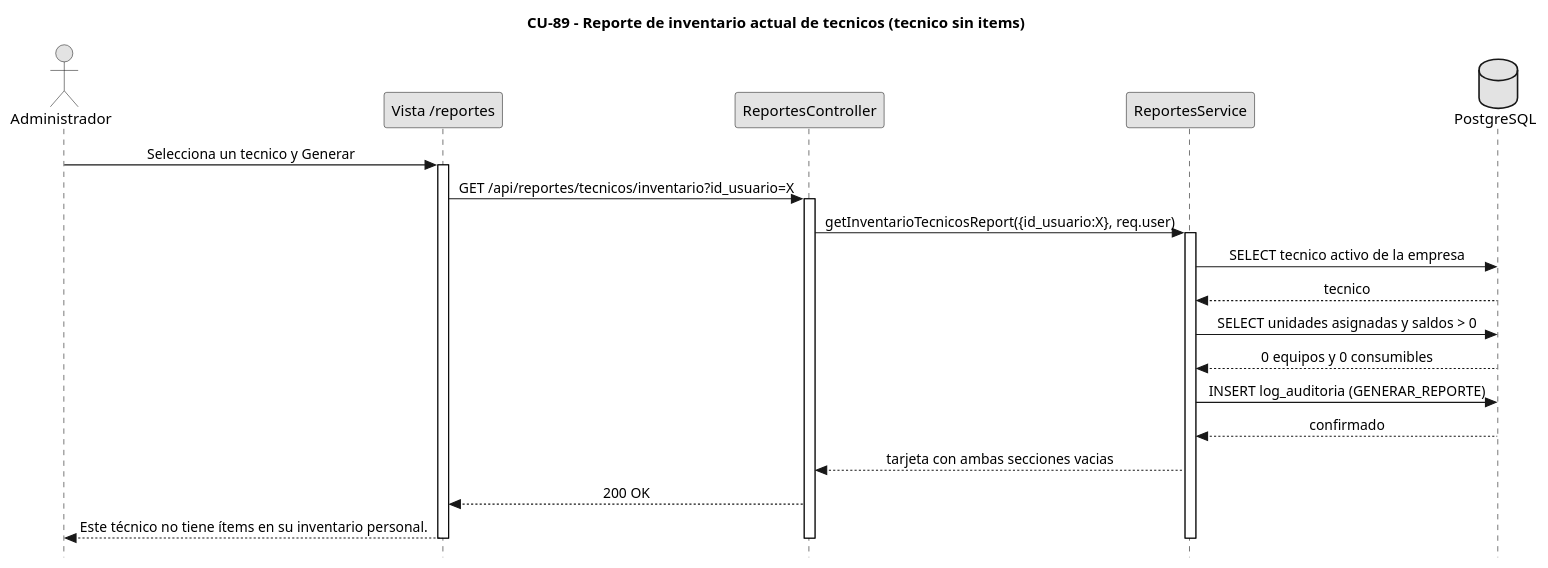
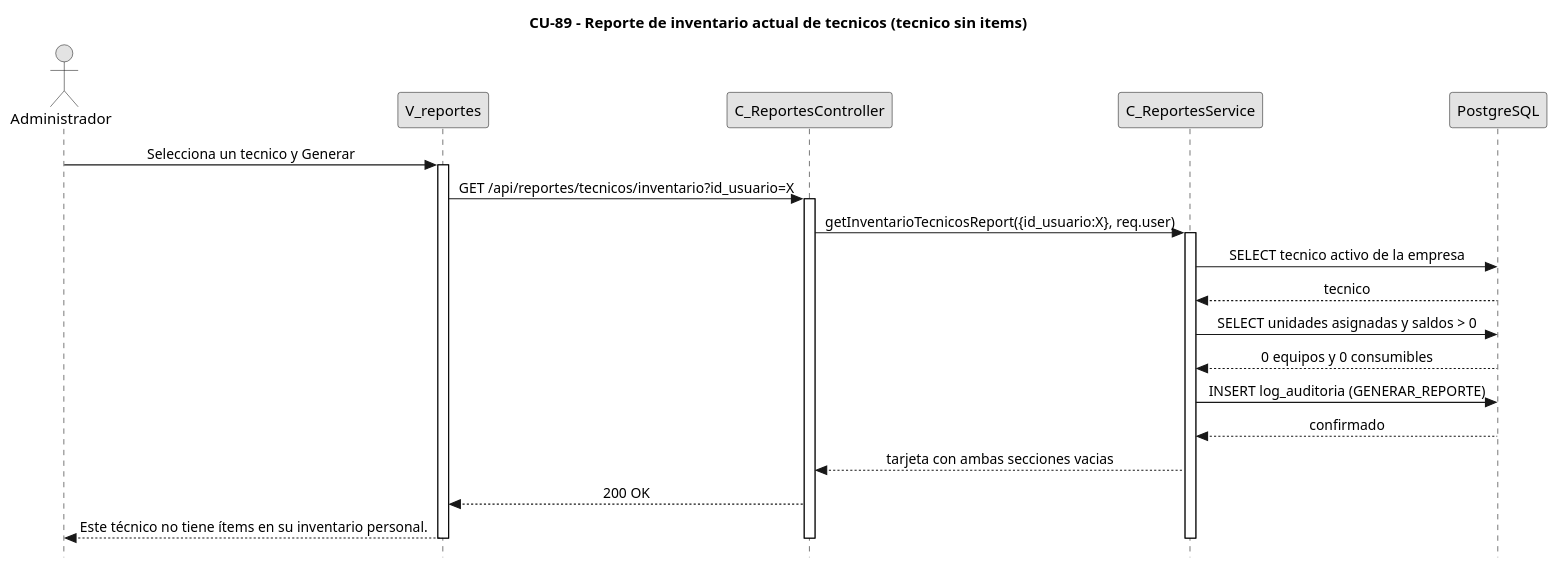
Before and after one commit to FSM-Finet-y-Cable-Magico/Team_1-Inventario-y-Bodega: the diagram in diagramas/diagramas-secuencia/CU89/CU89-exc-tecnico-sin-items.puml, drawn with PlantUML. The commit also changed 14 other files, not shown here.

```diff
--- a/diagramas/diagramas-secuencia/CU89/CU89-exc-tecnico-sin-items.puml
+++ b/diagramas/diagramas-secuencia/CU89/CU89-exc-tecnico-sin-items.puml
@@ -1,43 +1,43 @@
 @startuml CU89-Inventario-Tecnicos-Excepcion
  title CU-89 - Reporte de inventario actual de tecnicos (tecnico sin items)
 skinparam style strictuml
 skinparam monochrome true
 skinparam shadowing false
 skinparam sequenceMessageAlign center
 <style>
 sequenceDiagram {
 	participant { Margin 35 }
 	actor { Margin 15 }
 }
 </style>
 skinparam sequence {
 	MessageAlign center
 	LifeLineBorderColor black
 }
 hide footbox
 
 actor "Administrador" as Usuario
-participant "Vista /reportes" as V
-participant "ReportesController" as C
-participant "ReportesService" as SVC
-database "PostgreSQL" as DB
+participant "V_reportes" as V
+participant "C_ReportesController" as C
+participant "C_ReportesService" as SVC
+participant "PostgreSQL" as DB
 
 Usuario -> V : Selecciona un tecnico y Generar
 activate V
 V -> C : GET /api/reportes/tecnicos/inventario?id_usuario=X
 activate C
 C -> SVC : getInventarioTecnicosReport({id_usuario:X}, req.user)
 activate SVC
 SVC -> DB : SELECT tecnico activo de la empresa
 DB --> SVC : tecnico
 SVC -> DB : SELECT unidades asignadas y saldos > 0
 DB --> SVC : 0 equipos y 0 consumibles
 SVC -> DB : INSERT log_auditoria (GENERAR_REPORTE)
 DB --> SVC : confirmado
 SVC --> C : tarjeta con ambas secciones vacias
 C --> V : 200 OK
 V --> Usuario : Este técnico no tiene ítems en su inventario personal.
 deactivate SVC
 deactivate C
 deactivate V
 @enduml
```
